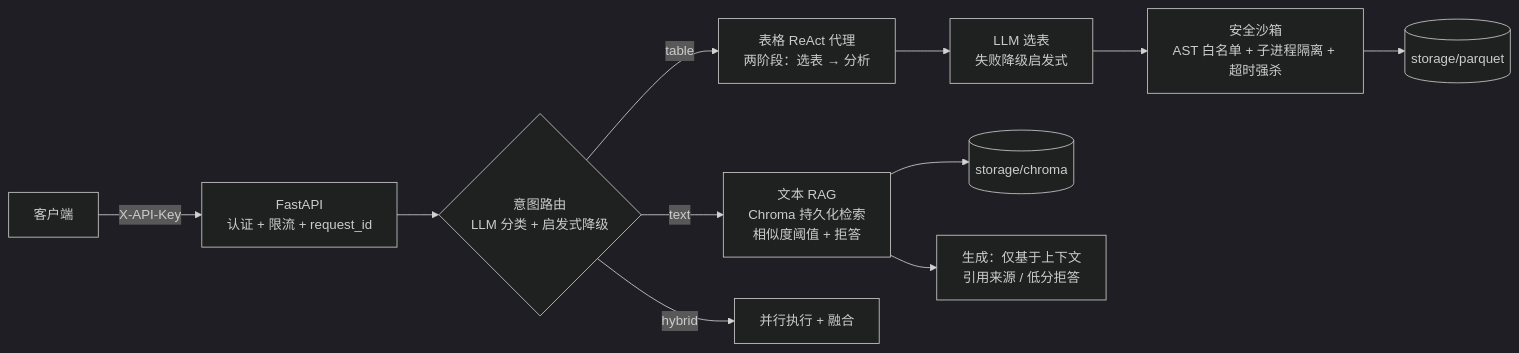
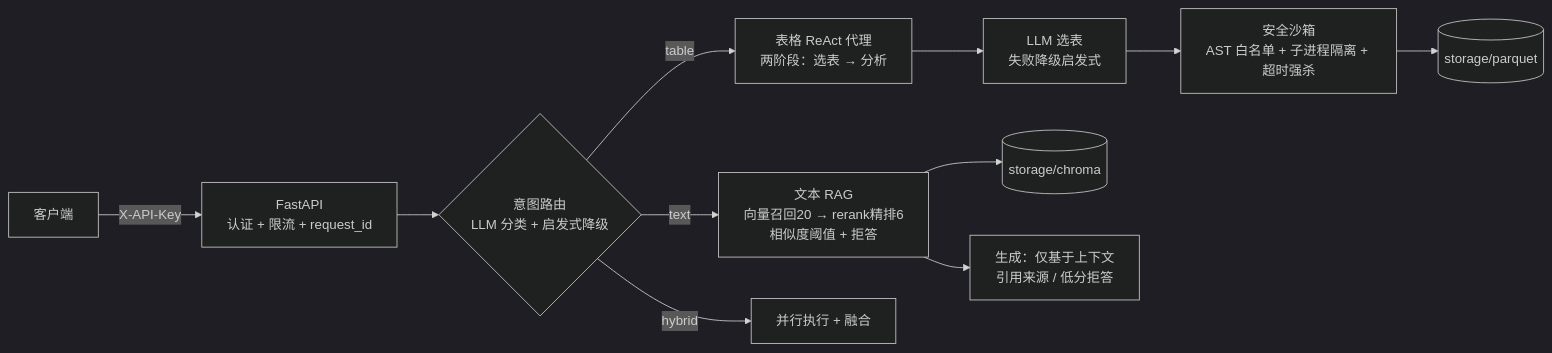
The diagram in my-rag-try/Smart-Emergency-Response/README.md (wozwiiiii/all-in-rag-myself-new), drawn with Mermaid (dark theme) before and after one commit. The commit also changed other lines of this file and 17 other files, not shown here.

````diff
--- a/my-rag-try/Smart-Emergency-Response/README.md
+++ b/my-rag-try/Smart-Emergency-Response/README.md
@@ -9,16 +9,16 @@
 ```mermaid
 flowchart LR
     Client[客户端] -->|X-API-Key| Gateway[FastAPI<br/>认证 + 限流 + request_id]
     Gateway --> Router{意图路由<br/>LLM 分类 + 启发式降级}
 
-    Router -->|text| RAG[文本 RAG<br/>Chroma 持久化检索<br/>相似度阈值 + 拒答]
+    Router -->|text| RAG[文本 RAG<br/>向量召回20 → rerank精排6<br/>相似度阈值 + 拒答]
     Router -->|table| TAB[表格 ReAct 代理<br/>两阶段：选表 → 分析]
     Router -->|hybrid| BOTH[并行执行 + 融合]
 
     TAB --> SELECT[LLM 选表<br/>失败降级启发式]
     SELECT --> SANDBOX[安全沙箱<br/>AST 白名单 + 子进程隔离 + 超时强杀]
     SANDBOX --> PARQUET[(storage/parquet)]
 
     RAG --> CHROMA[(storage/chroma)]
     RAG --> GEN[生成：仅基于上下文<br/>引用来源 / 低分拒答]
 ```
````
